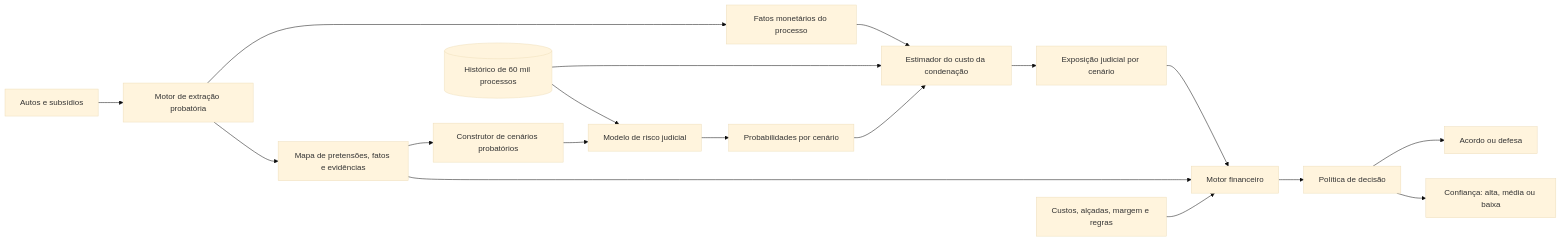
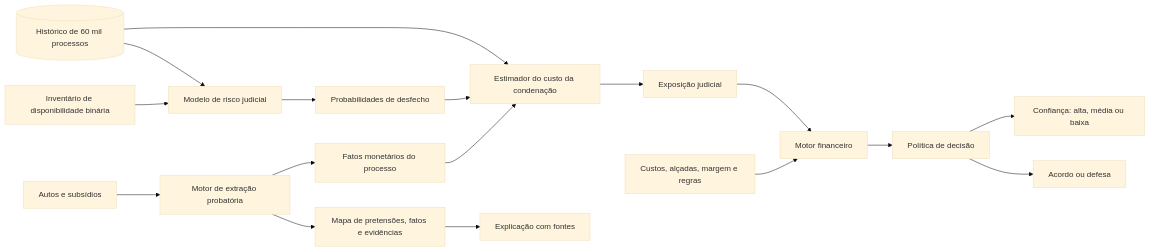
The diagram in docs/architecture_engine.md (sll-bruno/hackathon-unicamp-2026), drawn with Mermaid (base theme) before and after one commit. The commit also changed other lines of this file and 4 other files, not shown here.

````diff
--- a/docs/architecture_engine.md
+++ b/docs/architecture_engine.md
@@ -22,23 +22,22 @@
 ```mermaid
 flowchart LR
     docs[Autos e subsídios] --> extraction[Motor de extração probatória]
     extraction --> evidence[Mapa de pretensões, fatos e evidências]
     extraction --> monetary[Fatos monetários do processo]
 
-    evidence --> scenarios[Construtor de cenários probatórios]
+    inventory[Inventário de disponibilidade binária] --> risk
     history[(Histórico de 60 mil processos)] --> risk[Modelo de risco judicial]
-    scenarios --> risk
-    risk --> probabilities[Probabilidades por cenário]
+    risk --> probabilities[Probabilidades de desfecho]
 
     monetary --> severity[Estimador do custo da condenação]
     history --> severity
     probabilities --> severity
-    severity --> exposure[Exposição judicial por cenário]
+    severity --> exposure[Exposição judicial]
 
     exposure --> finance[Motor financeiro]
-    evidence --> finance
+    evidence --> explanation[Explicação com fontes]
     policy[Custos, alçadas, margem e regras] --> finance
     finance --> decision[Política de decisão]
     decision --> action[Acordo ou defesa]
     decision --> confidence[Confiança: alta, média ou baixa]
 ```
````
